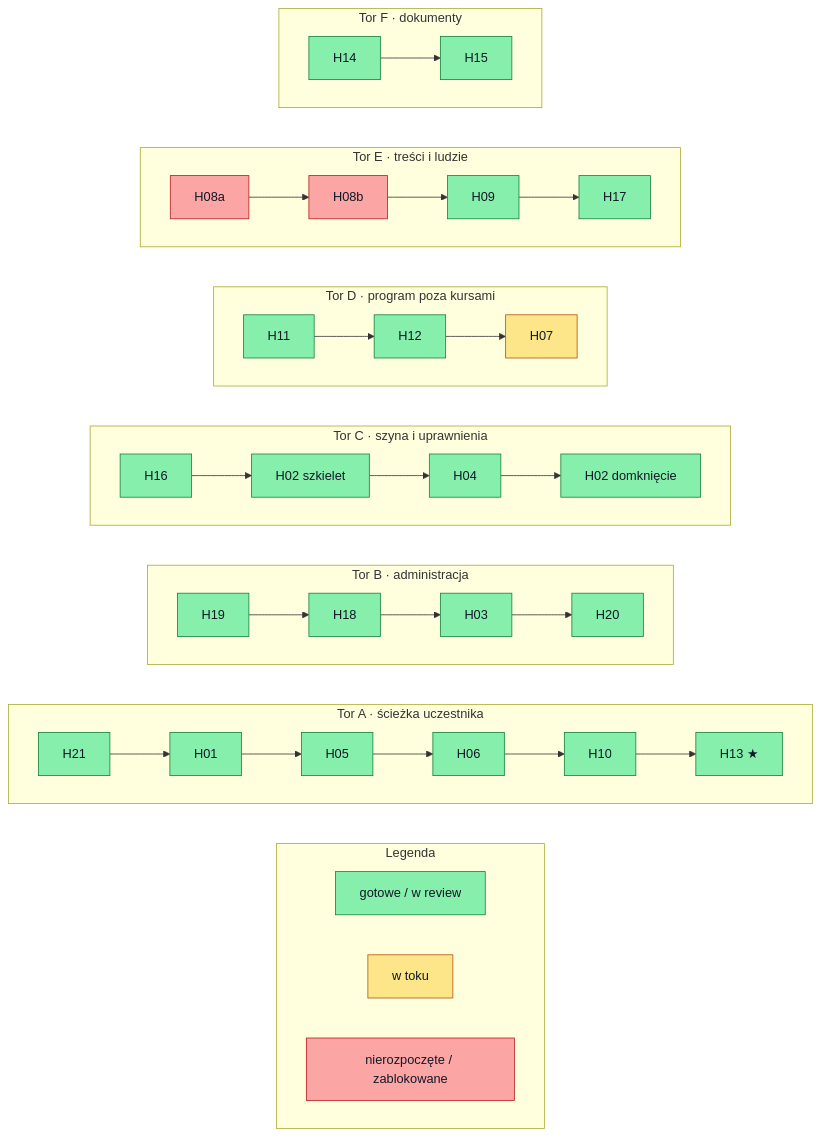
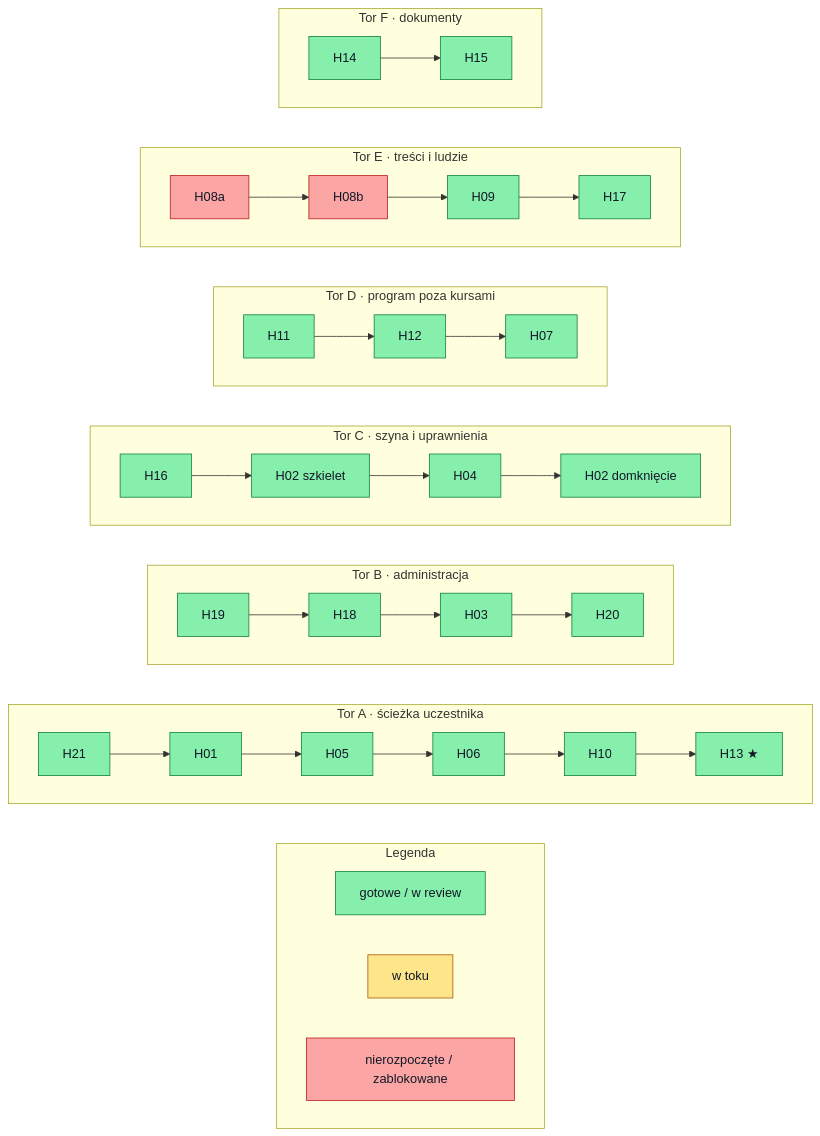
Before and after one commit to tomekwilczak/psychon-hackaton: the fourth of 5 diagrams in docs/hackathon/05-zaleznosci-pakietow.md, drawn with Mermaid. The commit also changed other lines of this file, not shown here.

First line of the commit message:
docs(zaleznosci): H07 na zielono po oznaczeniu DONE

````diff
--- a/docs/hackathon/05-zaleznosci-pakietow.md
+++ b/docs/hackathon/05-zaleznosci-pakietow.md
@@ -227,37 +227,37 @@
 ```mermaid
 flowchart LR
   classDef done fill:#86efac,stroke:#15803d,color:#111827
   classDef wip fill:#fde68a,stroke:#b45309,color:#111827
   classDef todo fill:#fca5a5,stroke:#b91c1c,color:#111827
 
   subgraph LG["Legenda"]
     direction LR
     L1["gotowe / w review"]:::done
     L2["w toku"]:::wip
     L3["nierozpoczęte / zablokowane"]:::todo
   end
   subgraph TA["Tor A · ścieżka uczestnika"]
     direction LR
     A0["H21"]:::done --> A1["H01"]:::done --> A2["H05"]:::done --> A3["H06"]:::done --> A4["H10"]:::done --> A5["H13 ★"]:::done
   end
   subgraph TB["Tor B · administracja"]
     direction LR
     B0["H19"]:::done --> B1["H18"]:::done --> B2["H03"]:::done --> B3["H20"]:::done
   end
   subgraph TC["Tor C · szyna i uprawnienia"]
     direction LR
     C0["H16"]:::done --> C1["H02 szkielet"]:::done --> C2["H04"]:::done --> C3["H02 domknięcie"]:::done
   end
   subgraph TD["Tor D · program poza kursami"]
     direction LR
-    D0["H11"]:::done --> D1["H12"]:::done --> D2["H07"]:::wip
+    D0["H11"]:::done --> D1["H12"]:::done --> D2["H07"]:::done
   end
   subgraph TE["Tor E · treści i ludzie"]
     direction LR
     E0["H08a"]:::todo --> E1["H08b"]:::todo --> E2["H09"]:::done --> E3["H17"]:::done
   end
   subgraph TF["Tor F · dokumenty"]
     direction LR
     F0["H14"]:::done --> F1["H15"]:::done
   end
 ```
````
